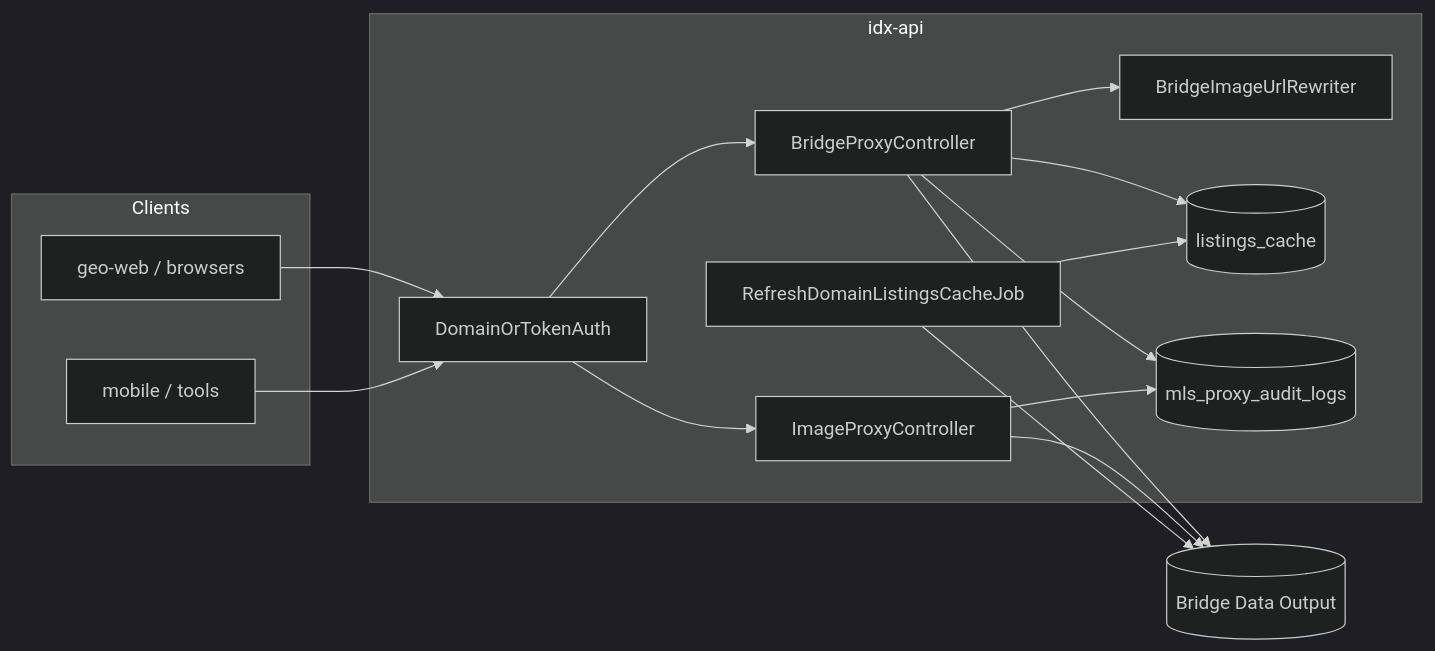
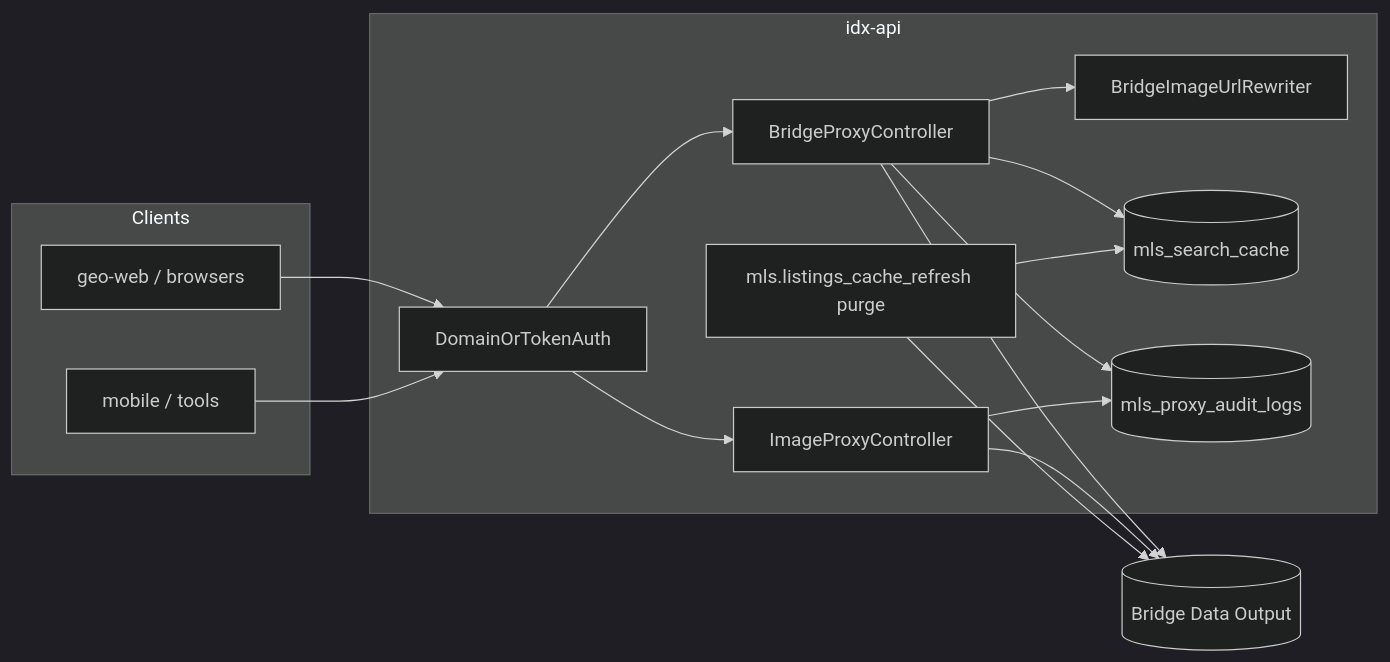
The diagram in docs/idx-api-bridge-proxy.md (jloescher/geo-idx-api), drawn with Mermaid (dark theme) before and after one commit. The commit also changed other lines of this file and 74 other files, not shown here.

````diff
--- a/docs/idx-api-bridge-proxy.md
+++ b/docs/idx-api-bridge-proxy.md
@@ -33,30 +33,30 @@
 ```mermaid
 flowchart LR
   subgraph clients [Clients]
     GW[geo-web / browsers]
     MOB[mobile / tools]
   end
   subgraph idx [idx-api]
     MW[DomainOrTokenAuth]
     BC[BridgeProxyController]
     RW[BridgeImageUrlRewriter]
     IC[ImageProxyController]
-    CACHE[(listings_cache)]
+    CACHE[(mls_search_cache)]
     AUDIT[(mls_proxy_audit_logs)]
-    JOB[RefreshDomainListingsCacheJob]
+    JOB[mls.listings_cache_refresh purge]
   end
   BRIDGE[(Bridge Data Output)]
 
   GW --> MW
   MOB --> MW
   MW --> BC
   MW --> IC
   BC --> RW
   BC --> CACHE
   BC --> BRIDGE
   IC --> BRIDGE
   BC --> AUDIT
   IC --> AUDIT
   JOB --> CACHE
   JOB --> BRIDGE
 ```
````
